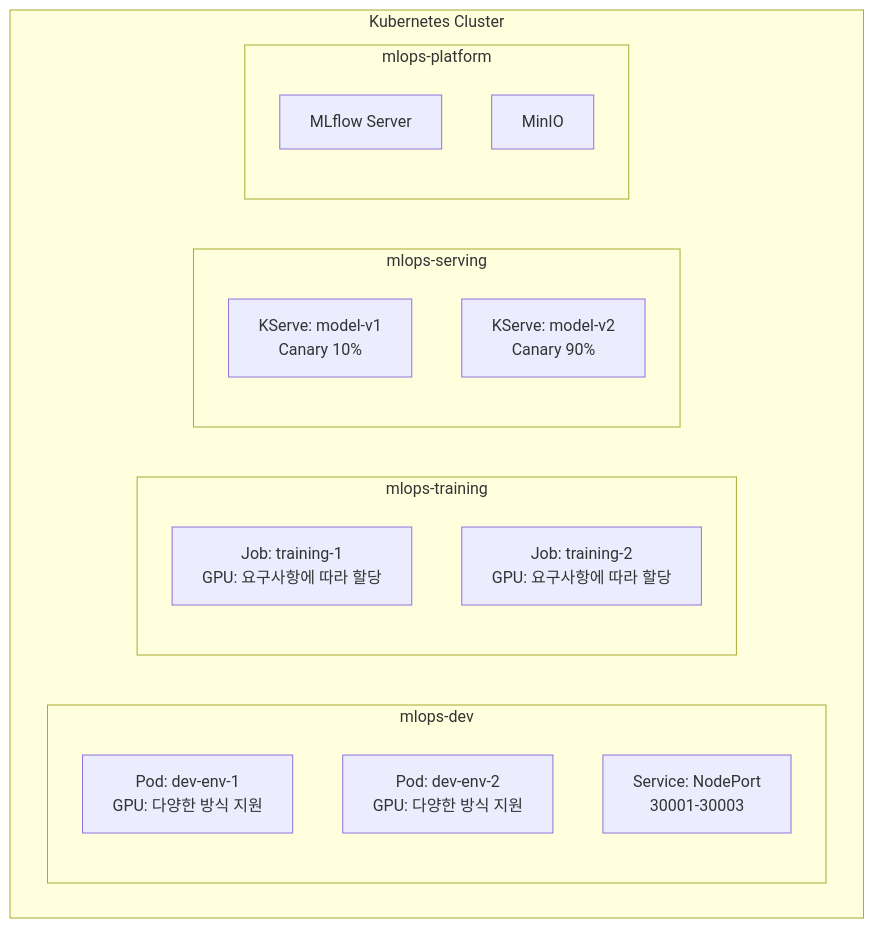
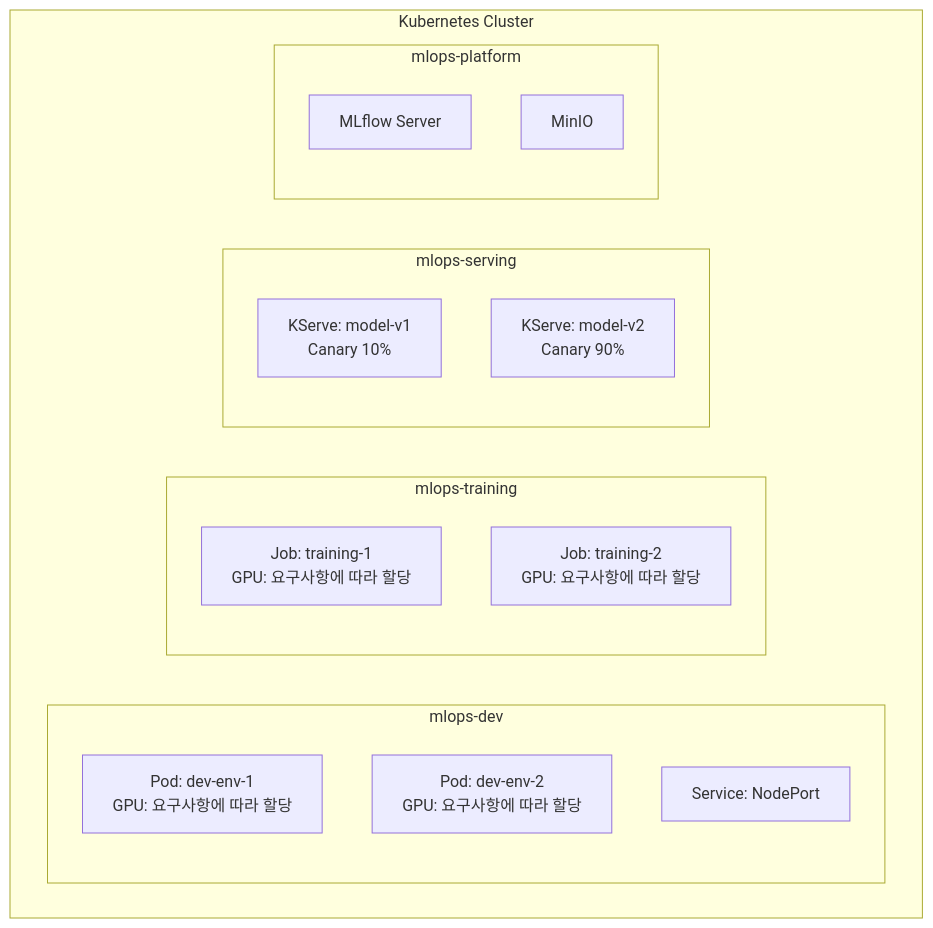
One commit to as950118/mlops-platform changed the third of 8 diagrams in docs/MLOps-Platform-Design.md. Above: the diagram before and after it, drawn with Mermaid. The commit also changed other lines of this file, not shown here.

````diff
--- a/docs/MLOps-Platform-Design.md
+++ b/docs/MLOps-Platform-Design.md
@@ -144,25 +145,25 @@
 ```mermaid
 graph TB
     subgraph "Kubernetes Cluster"
         subgraph "mlops-dev"
-            DEV_POD1[Pod: dev-env-1<br/>GPU: 다양한 방식 지원]
-            DEV_POD2[Pod: dev-env-2<br/>GPU: 다양한 방식 지원]
-            DEV_SVC1[Service: NodePort<br/>30001-30003]
+            DEV_POD1[Pod: dev-env-1<br/>GPU: 요구사항에 따라 할당]
+            DEV_POD2[Pod: dev-env-2<br/>GPU: 요구사항에 따라 할당]
+            DEV_SVC1[Service: NodePort]
         end
         
         subgraph "mlops-training"
             TRAIN_JOB1[Job: training-1<br/>GPU: 요구사항에 따라 할당]
             TRAIN_JOB2[Job: training-2<br/>GPU: 요구사항에 따라 할당]
         end
         
         subgraph "mlops-serving"
             SERVING1[KServe: model-v1<br/>Canary 10%]
             SERVING2[KServe: model-v2<br/>Canary 90%]
         end
         
         subgraph "mlops-platform"
             MLFLOW_SVC[MLflow Server]
             MINIO_SVC[MinIO]
         end
     end
 ```
````
